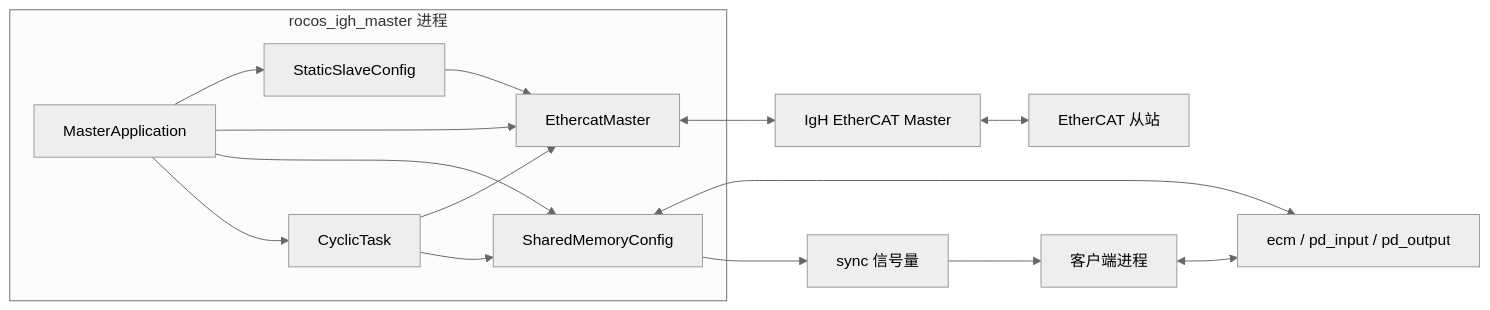
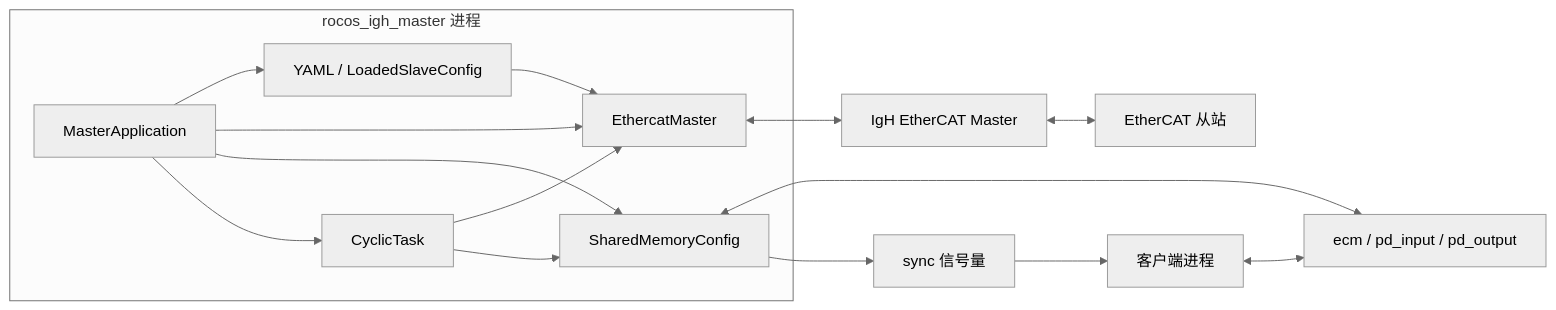
One commit to rocos-sia/rocos-igh changed the first of 2 diagrams in docs/architecture.md. Above: the diagram before and after it, drawn with Mermaid (neutral theme). The commit also changed other lines of this file and 18 other files, not shown here.

````diff
--- a/docs/architecture.md
+++ b/docs/architecture.md
@@ -25,27 +25,27 @@
 ```mermaid
 flowchart LR
     Client[客户端进程]
 
     subgraph Process[rocos_igh_master 进程]
         Main[MasterApplication]
-        Config[StaticSlaveConfig]
+        Config[YAML / LoadedSlaveConfig]
         Master[EthercatMaster]
         Cycle[CyclicTask]
         IPC[SharedMemoryConfig]
 
         Main --> Config
         Main --> Master
         Main --> IPC
         Main --> Cycle
         Config --> Master
         Cycle --> Master
         Cycle --> IPC
     end
 
     Master <--> IgH[IgH EtherCAT Master]
     IgH <--> Slaves[EtherCAT 从站]
     IPC <--> Shm[ecm / pd_input / pd_output]
     IPC --> Sem[sync 信号量]
     Client <--> Shm
     Sem --> Client
 ```
````
